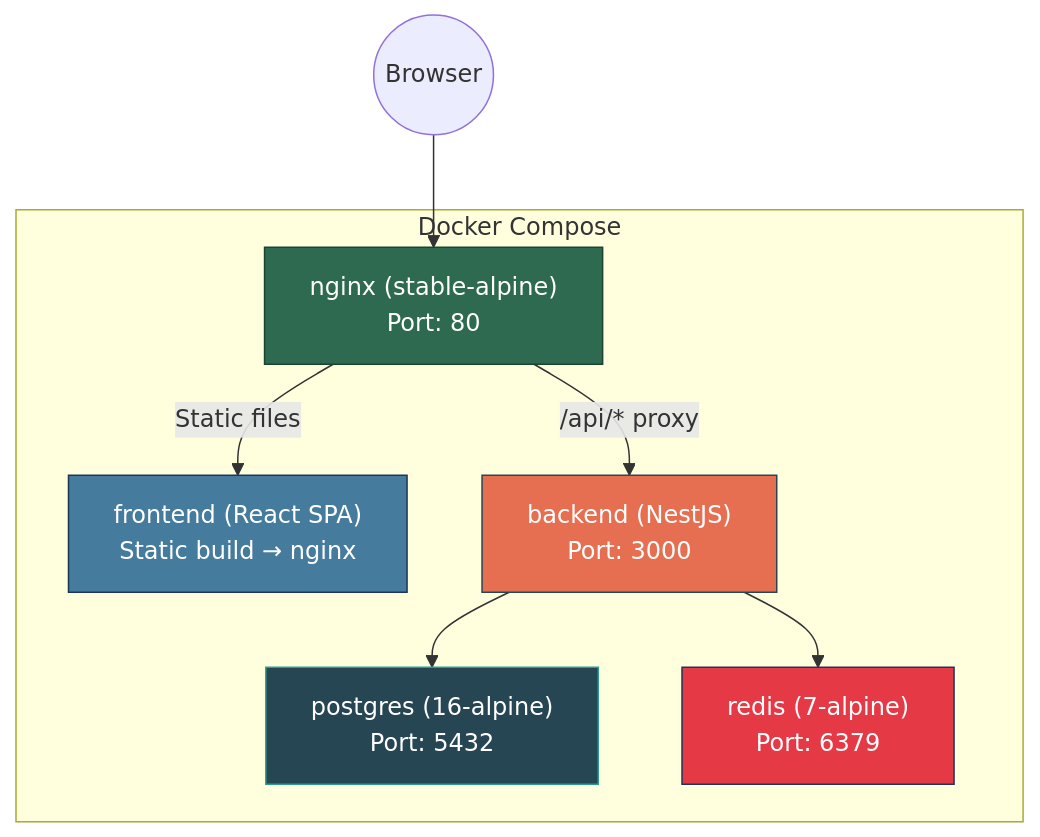
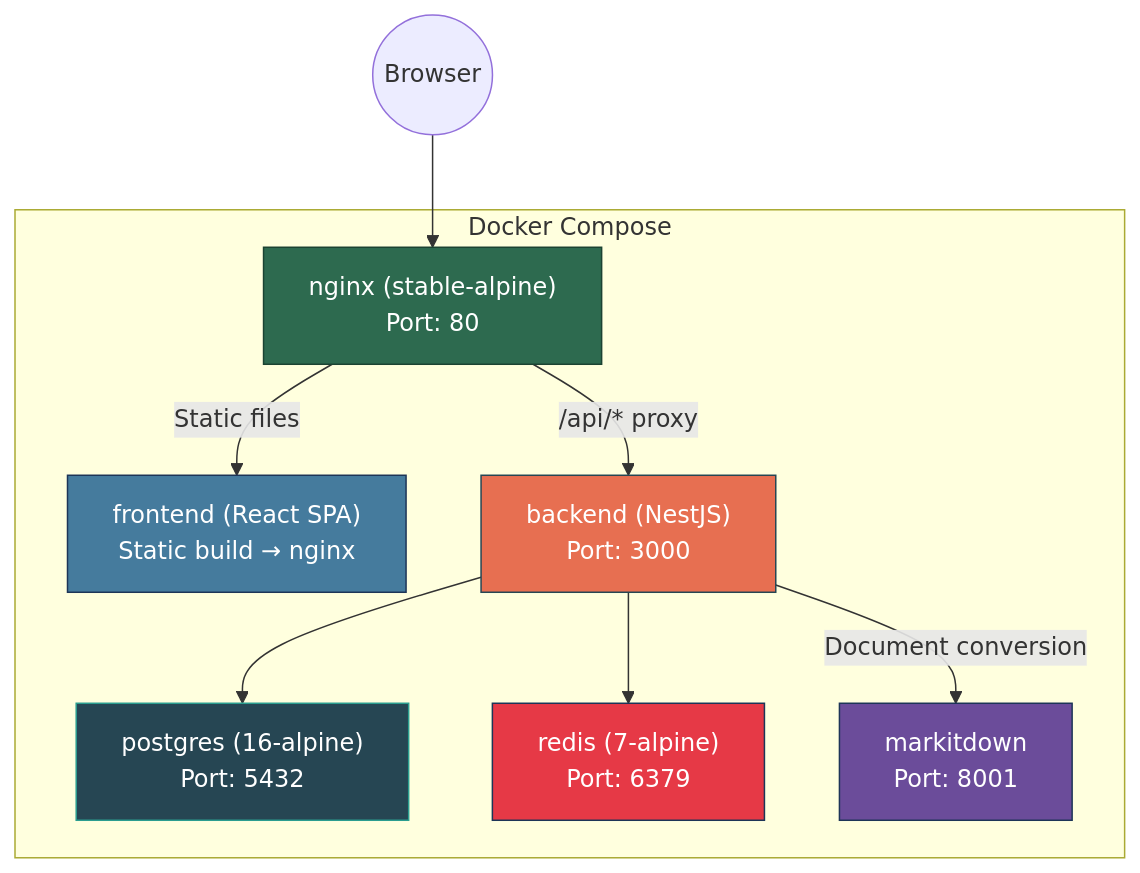
One commit to thanhpt-25/brain-gym changed the eighth of 8 diagrams in docs/basic-design.md. Above: the diagram before and after it, drawn with Mermaid. The commit also changed other lines of this file and 2 other files, not shown here.

````diff
--- a/docs/basic-design.md
+++ b/docs/basic-design.md
@@ -499,22 +499,25 @@
 ```mermaid
 graph TB
     subgraph "Docker Compose"
         Nginx["nginx (stable-alpine)<br/>Port: 80"]
         Frontend["frontend (React SPA)<br/>Static build → nginx"]
         Backend["backend (NestJS)<br/>Port: 3000"]
         Postgres["postgres (16-alpine)<br/>Port: 5432"]
         Redis["redis (7-alpine)<br/>Port: 6379"]
+        Markitdown["markitdown<br/>Port: 8001"]
     end
 
     Client((Browser)) --> Nginx
     Nginx -->|"Static files"| Frontend
     Nginx -->|"/api/* proxy"| Backend
     Backend --> Postgres
     Backend --> Redis
+    Backend -->|"Document conversion"| Markitdown
 
     style Nginx fill:#2d6a4f,stroke:#1b4332,color:white
     style Frontend fill:#457b9d,stroke:#1d3557,color:white
     style Backend fill:#e76f51,stroke:#264653,color:white
     style Postgres fill:#264653,stroke:#2a9d8f,color:white
     style Redis fill:#e63946,stroke:#1d3557,color:white
+    style Markitdown fill:#6b4c9a,stroke:#1d3557,color:white
 ```
````
